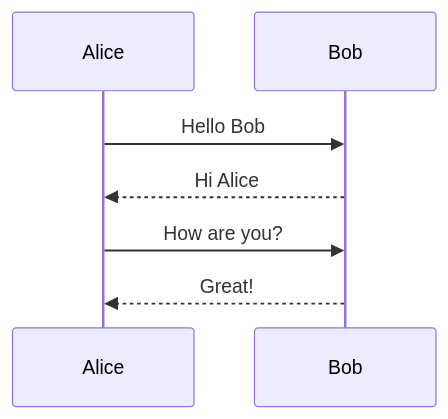
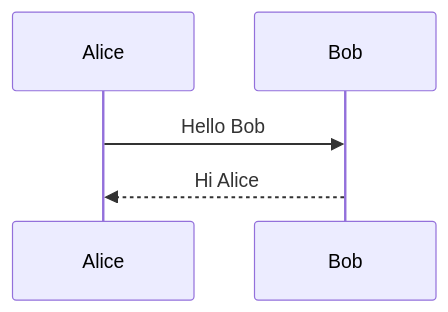
One commit to Binlogo/meraid changed the second of 6 diagrams in README.md. Above: the diagram before and after it, drawn with Mermaid. The commit also changed other lines of this file and 19 other files, not shown here.

`````diff
--- a/README.md
+++ b/README.md
@@ -151,7 +133,5 @@
 ````mermaid
 sequenceDiagram
     Alice->>Bob: Hello Bob
     Bob-->>Alice: Hi Alice
-    Alice->>Bob: How are you?
-    Bob-->>Alice: Great!
 ````
`````
